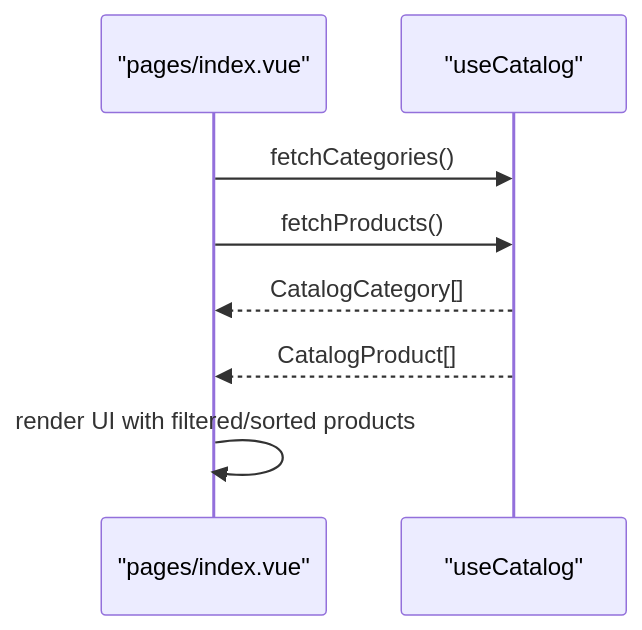
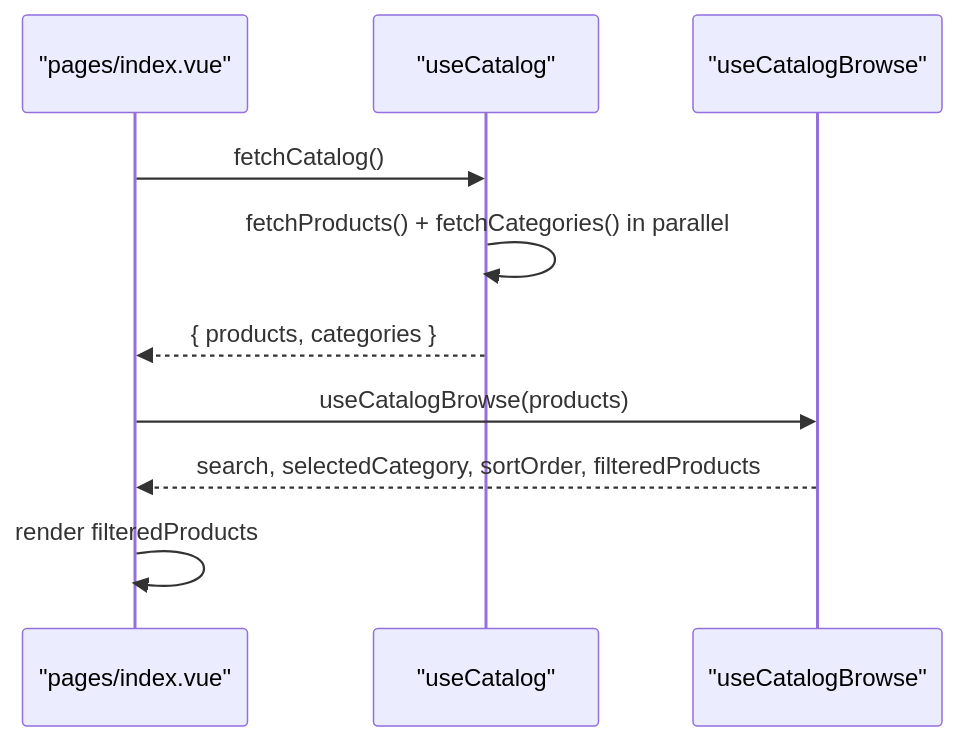
Before and after one commit to RaccoonPie-314/Raccoon-Gear-Bin: the sixth of 8 diagrams in .qoder/repowiki/en/content/Business Logic & Composables/Catalog Composable.md, drawn with Mermaid. The commit also changed other lines of this file and 51 other files, not shown here.

````diff
--- a/.qoder/repowiki/en/content/Business Logic & Composables/Catalog Composable.md
+++ b/.qoder/repowiki/en/content/Business Logic & Composables/Catalog Composable.md
@@ -292,10 +315,12 @@
 ```mermaid
 sequenceDiagram
 participant Page as "pages/index.vue"
 participant Cat as "useCatalog"
-Page->>Cat : fetchCategories()
-Page->>Cat : fetchProducts()
-Cat-->>Page : CatalogCategory[]
-Cat-->>Page : CatalogProduct[]
-Page->>Page : render UI with filtered/sorted products
+participant Browse as "useCatalogBrowse"
+Page->>Cat : fetchCatalog()
+Cat->>Cat : fetchProducts() + fetchCategories() in parallel
+Cat-->>Page : { products, categories }
+Page->>Browse : useCatalogBrowse(products)
+Browse-->>Page : search, selectedCategory, sortOrder, filteredProducts
+Page->>Page : render filteredProducts
 ```
````
